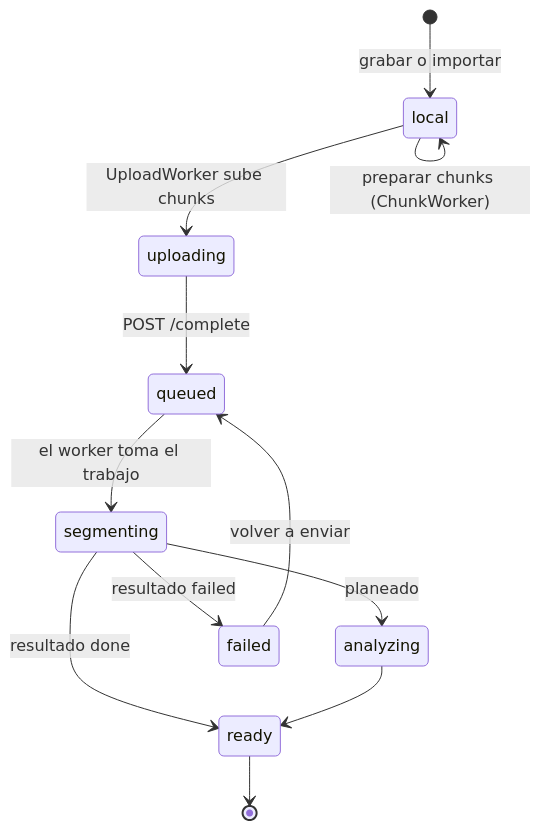
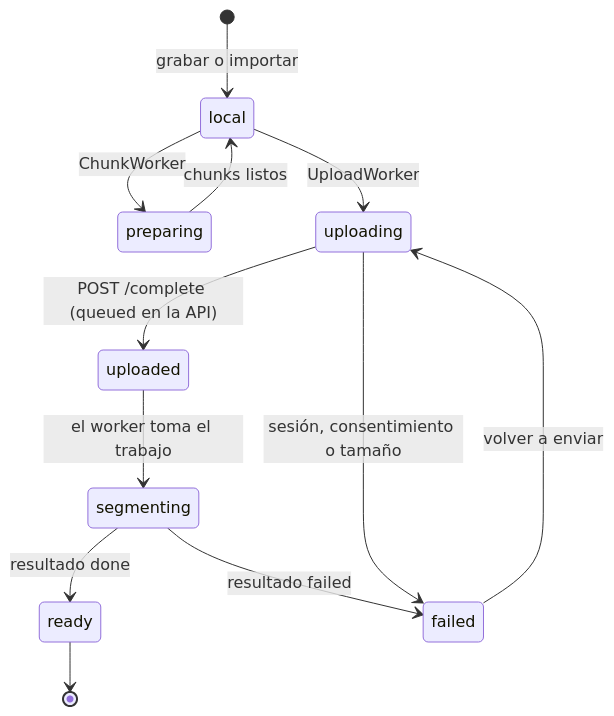
One commit to pepemxl/meta-ai-hackathon-2026 changed the fifth of 5 diagrams in docs/arquitectura/02-app-android.md. Above: the diagram before and after it, drawn with Mermaid. The commit also changed other lines of this file and 16 other files, not shown here.

````diff
--- a/docs/arquitectura/02-app-android.md
+++ b/docs/arquitectura/02-app-android.md
@@ -143,14 +144,14 @@
 ```mermaid
 stateDiagram-v2
     [*] --> local: grabar o importar
-    local --> local: preparar chunks (ChunkWorker)
-    local --> uploading: UploadWorker sube chunks
-    uploading --> queued: POST /complete
-    queued --> segmenting: el worker toma el trabajo
-    segmenting --> analyzing: planeado
+    local --> preparing: ChunkWorker
+    preparing --> local: chunks listos
+    local --> uploading: UploadWorker
+    uploading --> uploaded: POST /complete (queued en la API)
+    uploaded --> segmenting: el worker toma el trabajo
     segmenting --> ready: resultado done
-    analyzing --> ready
     segmenting --> failed: resultado failed
+    uploading --> failed: sesión, consentimiento o tamaño
+    failed --> uploading: volver a enviar
     ready --> [*]
-    failed --> queued: volver a enviar
 ```
````
